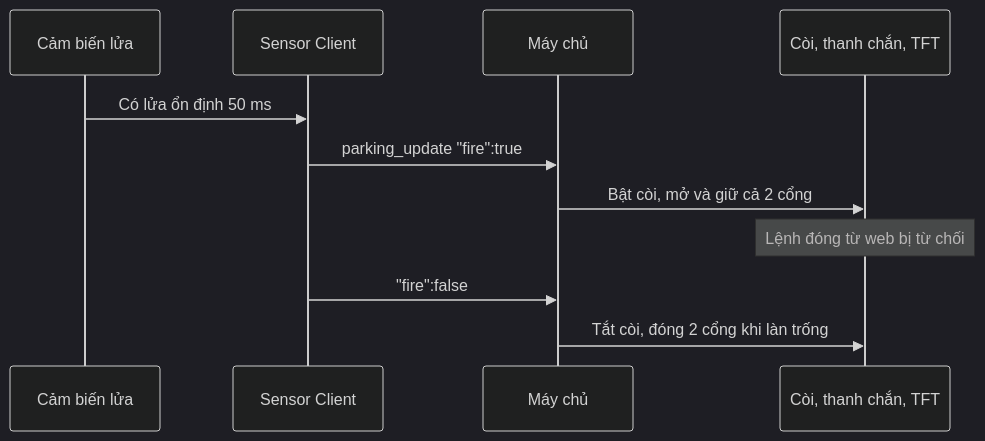
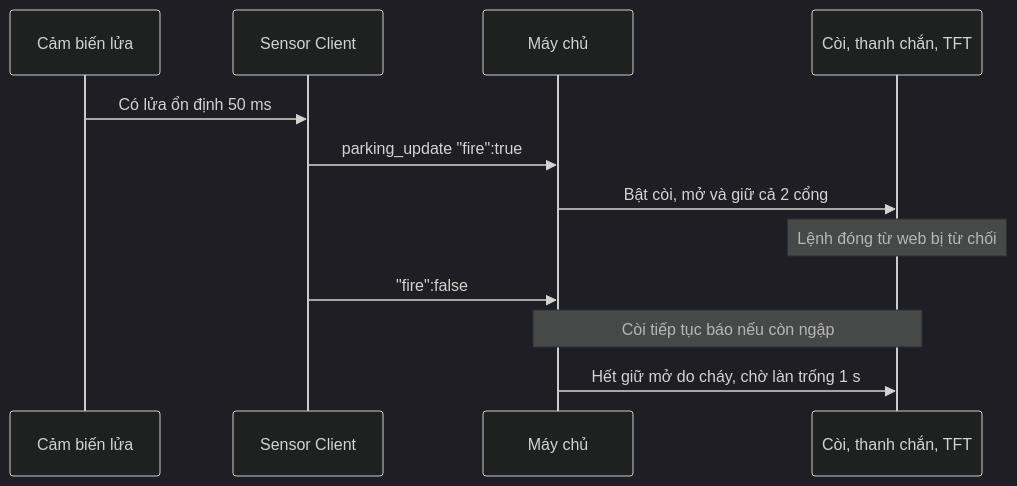
The diagram in report/diagrams/seq_fire.mmd (thinhdinh25/INT3108_embedded-Smart-Parking-Project), drawn with Mermaid (dark theme) before and after one commit. The commit also changed 17 other files, not shown here.

```diff
--- a/report/diagrams/seq_fire.mmd
+++ b/report/diagrams/seq_fire.mmd
@@ -1,11 +1,12 @@
 sequenceDiagram
   participant F as Cảm biến lửa
   participant SC as Sensor Client
   participant S as Máy chủ
   participant B as Còi, thanh chắn, TFT
   F->>SC: Có lửa ổn định 50 ms
   SC->>S: parking_update "fire":true
   S->>B: Bật còi, mở và giữ cả 2 cổng
   Note over B: Lệnh đóng từ web bị từ chối
   SC->>S: "fire":false
-  S->>B: Tắt còi, đóng 2 cổng khi làn trống
+  Note over S,B: Còi tiếp tục báo nếu còn ngập
+  S->>B: Hết giữ mở do cháy, chờ làn trống 1 s
```
